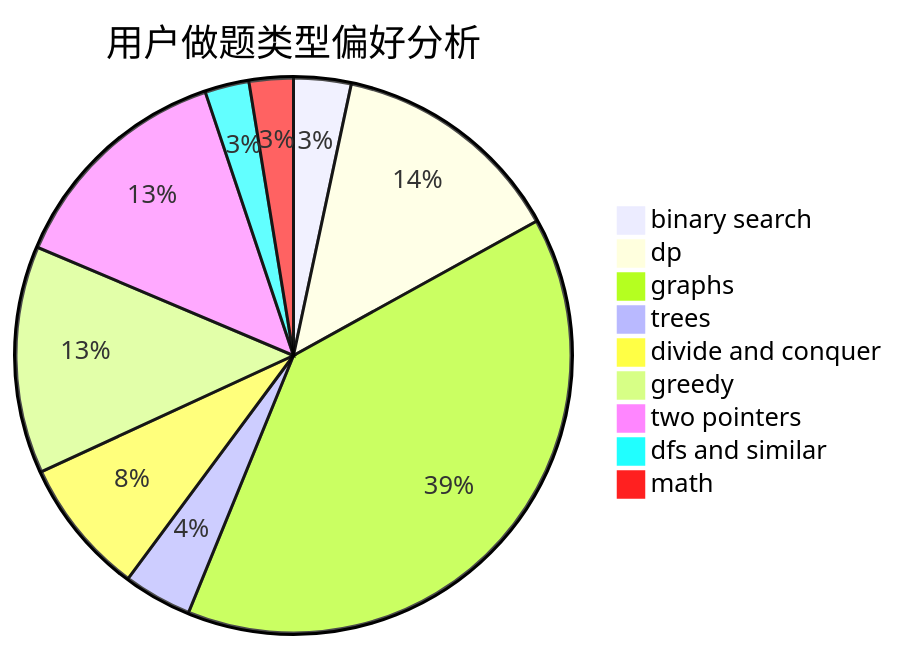
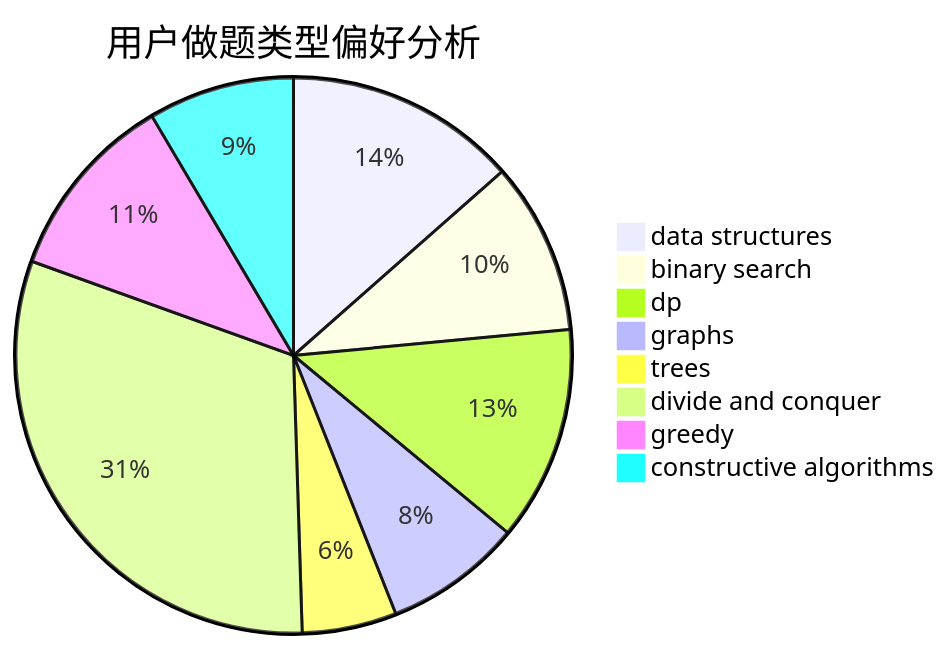
One commit to sherpahu/cfrs.github.io changed the second of 3 diagrams in docs/user/u1352.md. Above: the diagram before and after it, drawn with Mermaid. The commit also changed other lines of this file and 2775 other files, not shown here.

````diff
--- a/docs/user/u1352.md
+++ b/docs/user/u1352.md
@@ -23,12 +23,11 @@
 ```mermaid
 pie title 用户做题类型偏好分析
-    "binary search" :  26
-    "dp" :  106
-    "graphs" :  305
-    "trees" :  31
+    "data structures" :  27
+    "binary search" :  20
+    "dp" :  25
+    "graphs" :  16
+    "trees" :  11
     "divide and conquer" :  62
-    "greedy" :  103
-    "two pointers" :  105
-    "dfs and similar" :  20
-    "math" :  20
+    "greedy" :  22
+    "constructive algorithms" :  17
 ```
````
